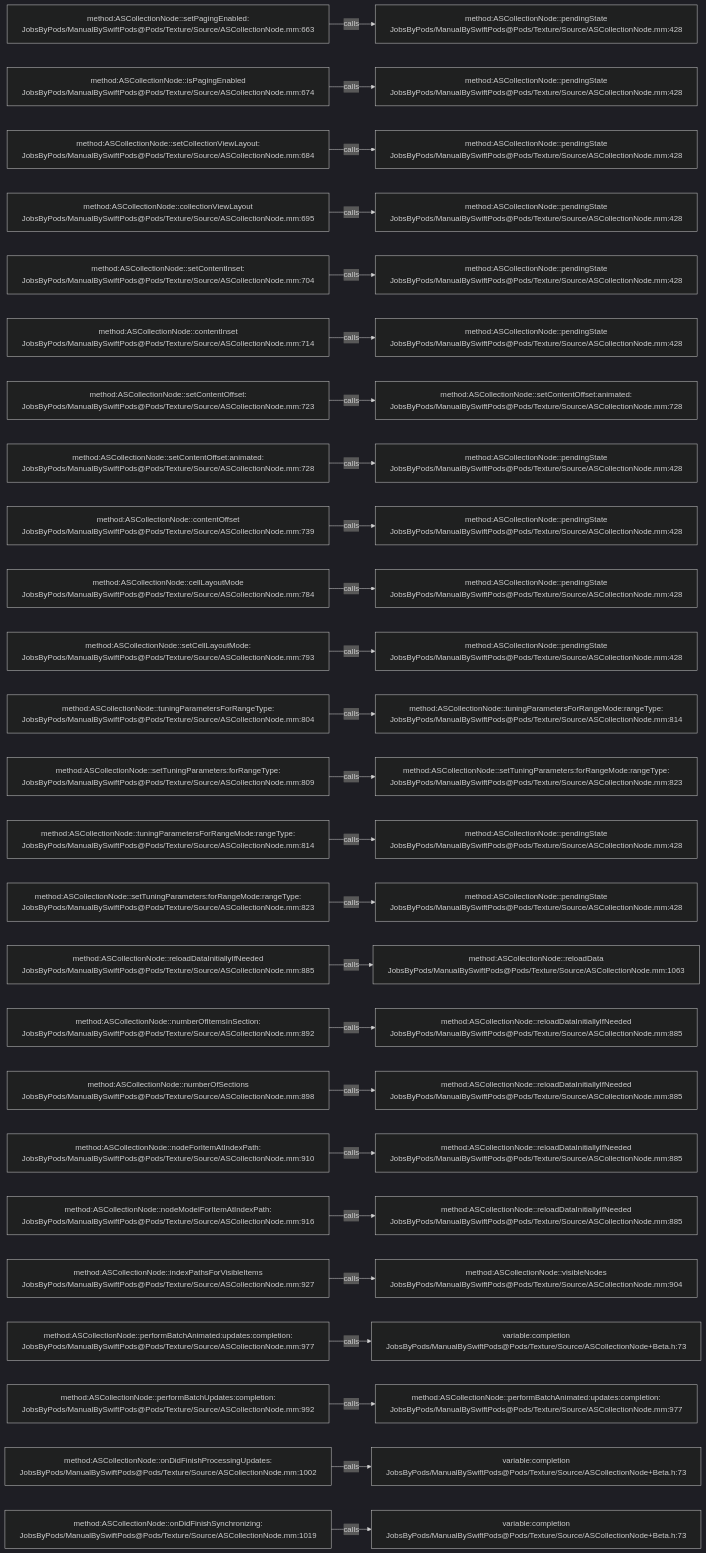
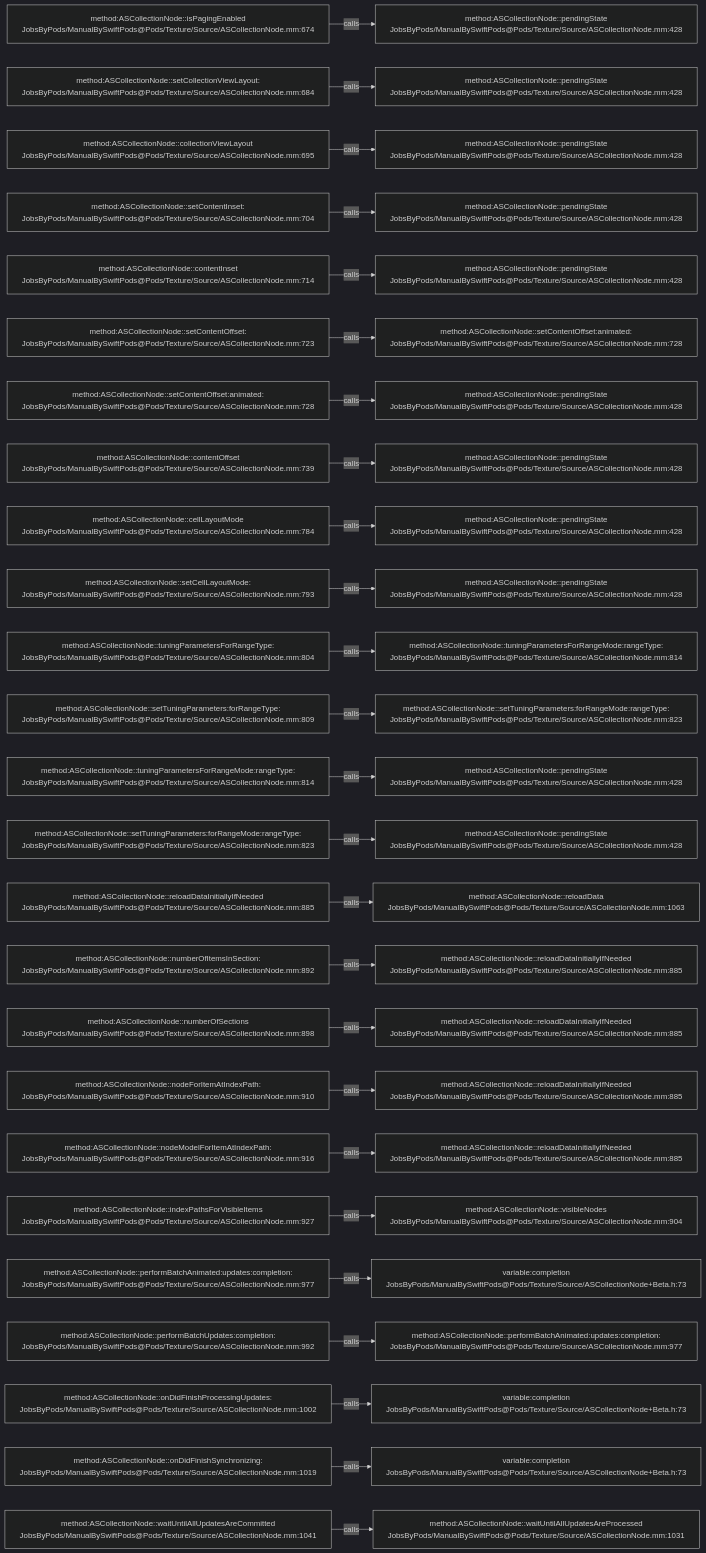
The diagram in .codegraph/codegraph.md/graphs/calls-009.md (JobsKits/JobsSwiftBaseConfigDemo), drawn with Mermaid (dark theme) before and after one commit. The commit also changed 747 other files, not shown here.

````diff
--- a/.codegraph/codegraph.md/graphs/calls-009.md
+++ b/.codegraph/codegraph.md/graphs/calls-009.md
@@ -13,78 +13,78 @@
 ```mermaid
 flowchart LR
-  S1["method:ASCollectionNode::setPagingEnabled:<br/>JobsByPods/ManualBySwiftPods@Pods/Texture/Source/ASCollectionNode.mm:663"]
+  S1["method:ASCollectionNode::isPagingEnabled<br/>JobsByPods/ManualBySwiftPods@Pods/Texture/Source/ASCollectionNode.mm:674"]
   T1["method:ASCollectionNode::pendingState<br/>JobsByPods/ManualBySwiftPods@Pods/Texture/Source/ASCollectionNode.mm:428"]
   S1 -->|calls| T1
-  S2["method:ASCollectionNode::isPagingEnabled<br/>JobsByPods/ManualBySwiftPods@Pods/Texture/Source/ASCollectionNode.mm:674"]
+  S2["method:ASCollectionNode::setCollectionViewLayout:<br/>JobsByPods/ManualBySwiftPods@Pods/Texture/Source/ASCollectionNode.mm:684"]
   T2["method:ASCollectionNode::pendingState<br/>JobsByPods/ManualBySwiftPods@Pods/Texture/Source/ASCollectionNode.mm:428"]
   S2 -->|calls| T2
-  S3["method:ASCollectionNode::setCollectionViewLayout:<br/>JobsByPods/ManualBySwiftPods@Pods/Texture/Source/ASCollectionNode.mm:684"]
+  S3["method:ASCollectionNode::collectionViewLayout<br/>JobsByPods/ManualBySwiftPods@Pods/Texture/Source/ASCollectionNode.mm:695"]
   T3["method:ASCollectionNode::pendingState<br/>JobsByPods/ManualBySwiftPods@Pods/Texture/Source/ASCollectionNode.mm:428"]
   S3 -->|calls| T3
-  S4["method:ASCollectionNode::collectionViewLayout<br/>JobsByPods/ManualBySwiftPods@Pods/Texture/Source/ASCollectionNode.mm:695"]
+  S4["method:ASCollectionNode::setContentInset:<br/>JobsByPods/ManualBySwiftPods@Pods/Texture/Source/ASCollectionNode.mm:704"]
   T4["method:ASCollectionNode::pendingState<br/>JobsByPods/ManualBySwiftPods@Pods/Texture/Source/ASCollectionNode.mm:428"]
   S4 -->|calls| T4
-  S5["method:ASCollectionNode::setContentInset:<br/>JobsByPods/ManualBySwiftPods@Pods/Texture/Source/ASCollectionNode.mm:704"]
+  S5["method:ASCollectionNode::contentInset<br/>JobsByPods/ManualBySwiftPods@Pods/Texture/Source/ASCollectionNode.mm:714"]
   T5["method:ASCollectionNode::pendingState<br/>JobsByPods/ManualBySwiftPods@Pods/Texture/Source/ASCollectionNode.mm:428"]
   S5 -->|calls| T5
-  S6["method:ASCollectionNode::contentInset<br/>JobsByPods/ManualBySwiftPods@Pods/Texture/Source/ASCollectionNode.mm:714"]
-  T6["method:ASCollectionNode::pendingState<br/>JobsByPods/ManualBySwiftPods@Pods/Texture/Source/ASCollectionNode.mm:428"]
+  S6["method:ASCollectionNode::setContentOffset:<br/>JobsByPods/ManualBySwiftPods@Pods/Texture/Source/ASCollectionNode.mm:723"]
+  T6["method:ASCollectionNode::setContentOffset:animated:<br/>JobsByPods/ManualBySwiftPods@Pods/Texture/Source/ASCollectionNode.mm:728"]
   S6 -->|calls| T6
-  S7["method:ASCollectionNode::setContentOffset:<br/>JobsByPods/ManualBySwiftPods@Pods/Texture/Source/ASCollectionNode.mm:723"]
-  T7["method:ASCollectionNode::setContentOffset:animated:<br/>JobsByPods/ManualBySwiftPods@Pods/Texture/Source/ASCollectionNode.mm:728"]
+  S7["method:ASCollectionNode::setContentOffset:animated:<br/>JobsByPods/ManualBySwiftPods@Pods/Texture/Source/ASCollectionNode.mm:728"]
+  T7["method:ASCollectionNode::pendingState<br/>JobsByPods/ManualBySwiftPods@Pods/Texture/Source/ASCollectionNode.mm:428"]
   S7 -->|calls| T7
-  S8["method:ASCollectionNode::setContentOffset:animated:<br/>JobsByPods/ManualBySwiftPods@Pods/Texture/Source/ASCollectionNode.mm:728"]
+  S8["method:ASCollectionNode::contentOffset<br/>JobsByPods/ManualBySwiftPods@Pods/Texture/Source/ASCollectionNode.mm:739"]
   T8["method:ASCollectionNode::pendingState<br/>JobsByPods/ManualBySwiftPods@Pods/Texture/Source/ASCollectionNode.mm:428"]
   S8 -->|calls| T8
-  S9["method:ASCollectionNode::contentOffset<br/>JobsByPods/ManualBySwiftPods@Pods/Texture/Source/ASCollectionNode.mm:739"]
+  S9["method:ASCollectionNode::cellLayoutMode<br/>JobsByPods/ManualBySwiftPods@Pods/Texture/Source/ASCollectionNode.mm:784"]
   T9["method:ASCollectionNode::pendingState<br/>JobsByPods/ManualBySwiftPods@Pods/Texture/Source/ASCollectionNode.mm:428"]
   S9 -->|calls| T9
-  S10["method:ASCollectionNode::cellLayoutMode<br/>JobsByPods/ManualBySwiftPods@Pods/Texture/Source/ASCollectionNode.mm:784"]
+  S10["method:ASCollectionNode::setCellLayoutMode:<br/>JobsByPods/ManualBySwiftPods@Pods/Texture/Source/ASCollectionNode.mm:793"]
   T10["method:ASCollectionNode::pendingState<br/>JobsByPods/ManualBySwiftPods@Pods/Texture/Source/ASCollectionNode.mm:428"]
   S10 -->|calls| T10
-  S11["method:ASCollectionNode::setCellLayoutMode:<br/>JobsByPods/ManualBySwiftPods@Pods/Texture/Source/ASCollectionNode.mm:793"]
-  T11["method:ASCollectionNode::pendingState<br/>JobsByPods/ManualBySwiftPods@Pods/Texture/Source/ASCollectionNode.mm:428"]
+  S11["method:ASCollectionNode::tuningParametersForRangeType:<br/>JobsByPods/ManualBySwiftPods@Pods/Texture/Source/ASCollectionNode.mm:804"]
+  T11["method:ASCollectionNode::tuningParametersForRangeMode:rangeType:<br/>JobsByPods/ManualBySwiftPods@Pods/Texture/Source/ASCollectionNode.mm:814"]
   S11 -->|calls| T11
-  S12["method:ASCollectionNode::tuningParametersForRangeType:<br/>JobsByPods/ManualBySwiftPods@Pods/Texture/Source/ASCollectionNode.mm:804"]
-  T12["method:ASCollectionNode::tuningParametersForRangeMode:rangeType:<br/>JobsByPods/ManualBySwiftPods@Pods/Texture/Source/ASCollectionNode.mm:814"]
+  S12["method:ASCollectionNode::setTuningParameters:forRangeType:<br/>JobsByPods/ManualBySwiftPods@Pods/Texture/Source/ASCollectionNode.mm:809"]
+  T12["method:ASCollectionNode::setTuningParameters:forRangeMode:rangeType:<br/>JobsByPods/ManualBySwiftPods@Pods/Texture/Source/ASCollectionNode.mm:823"]
   S12 -->|calls| T12
-  S13["method:ASCollectionNode::setTuningParameters:forRangeType:<br/>JobsByPods/ManualBySwiftPods@Pods/Texture/Source/ASCollectionNode.mm:809"]
-  T13["method:ASCollectionNode::setTuningParameters:forRangeMode:rangeType:<br/>JobsByPods/ManualBySwiftPods@Pods/Texture/Source/ASCollectionNode.mm:823"]
+  S13["method:ASCollectionNode::tuningParametersForRangeMode:rangeType:<br/>JobsByPods/ManualBySwiftPods@Pods/Texture/Source/ASCollectionNode.mm:814"]
+  T13["method:ASCollectionNode::pendingState<br/>JobsByPods/ManualBySwiftPods@Pods/Texture/Source/ASCollectionNode.mm:428"]
   S13 -->|calls| T13
-  S14["method:ASCollectionNode::tuningParametersForRangeMode:rangeType:<br/>JobsByPods/ManualBySwiftPods@Pods/Texture/Source/ASCollectionNode.mm:814"]
+  S14["method:ASCollectionNode::setTuningParameters:forRangeMode:rangeType:<br/>JobsByPods/ManualBySwiftPods@Pods/Texture/Source/ASCollectionNode.mm:823"]
   T14["method:ASCollectionNode::pendingState<br/>JobsByPods/ManualBySwiftPods@Pods/Texture/Source/ASCollectionNode.mm:428"]
   S14 -->|calls| T14
-  S15["method:ASCollectionNode::setTuningParameters:forRangeMode:rangeType:<br/>JobsByPods/ManualBySwiftPods@Pods/Texture/Source/ASCollectionNode.mm:823"]
-  T15["method:ASCollectionNode::pendingState<br/>JobsByPods/ManualBySwiftPods@Pods/Texture/Source/ASCollectionNode.mm:428"]
+  S15["method:ASCollectionNode::reloadDataInitiallyIfNeeded<br/>JobsByPods/ManualBySwiftPods@Pods/Texture/Source/ASCollectionNode.mm:885"]
+  T15["method:ASCollectionNode::reloadData<br/>JobsByPods/ManualBySwiftPods@Pods/Texture/Source/ASCollectionNode.mm:1063"]
   S15 -->|calls| T15
-  S16["method:ASCollectionNode::reloadDataInitiallyIfNeeded<br/>JobsByPods/ManualBySwiftPods@Pods/Texture/Source/ASCollectionNode.mm:885"]
-  T16["method:ASCollectionNode::reloadData<br/>JobsByPods/ManualBySwiftPods@Pods/Texture/Source/ASCollectionNode.mm:1063"]
+  S16["method:ASCollectionNode::numberOfItemsInSection:<br/>JobsByPods/ManualBySwiftPods@Pods/Texture/Source/ASCollectionNode.mm:892"]
+  T16["method:ASCollectionNode::reloadDataInitiallyIfNeeded<br/>JobsByPods/ManualBySwiftPods@Pods/Texture/Source/ASCollectionNode.mm:885"]
   S16 -->|calls| T16
-  S17["method:ASCollectionNode::numberOfItemsInSection:<br/>JobsByPods/ManualBySwiftPods@Pods/Texture/Source/ASCollectionNode.mm:892"]
+  S17["method:ASCollectionNode::numberOfSections<br/>JobsByPods/ManualBySwiftPods@Pods/Texture/Source/ASCollectionNode.mm:898"]
   T17["method:ASCollectionNode::reloadDataInitiallyIfNeeded<br/>JobsByPods/ManualBySwiftPods@Pods/Texture/Source/ASCollectionNode.mm:885"]
   S17 -->|calls| T17
-  S18["method:ASCollectionNode::numberOfSections<br/>JobsByPods/ManualBySwiftPods@Pods/Texture/Source/ASCollectionNode.mm:898"]
+  S18["method:ASCollectionNode::nodeForItemAtIndexPath:<br/>JobsByPods/ManualBySwiftPods@Pods/Texture/Source/ASCollectionNode.mm:910"]
   T18["method:ASCollectionNode::reloadDataInitiallyIfNeeded<br/>JobsByPods/ManualBySwiftPods@Pods/Texture/Source/ASCollectionNode.mm:885"]
   S18 -->|calls| T18
-  S19["method:ASCollectionNode::nodeForItemAtIndexPath:<br/>JobsByPods/ManualBySwiftPods@Pods/Texture/Source/ASCollectionNode.mm:910"]
+  S19["method:ASCollectionNode::nodeModelForItemAtIndexPath:<br/>JobsByPods/ManualBySwiftPods@Pods/Texture/Source/ASCollectionNode.mm:916"]
   T19["method:ASCollectionNode::reloadDataInitiallyIfNeeded<br/>JobsByPods/ManualBySwiftPods@Pods/Texture/Source/ASCollectionNode.mm:885"]
   S19 -->|calls| T19
-  S20["method:ASCollectionNode::nodeModelForItemAtIndexPath:<br/>JobsByPods/ManualBySwiftPods@Pods/Texture/Source/ASCollectionNode.mm:916"]
-  T20["method:ASCollectionNode::reloadDataInitiallyIfNeeded<br/>JobsByPods/ManualBySwiftPods@Pods/Texture/Source/ASCollectionNode.mm:885"]
+  S20["method:ASCollectionNode::indexPathsForVisibleItems<br/>JobsByPods/ManualBySwiftPods@Pods/Texture/Source/ASCollectionNode.mm:927"]
+  T20["method:ASCollectionNode::visibleNodes<br/>JobsByPods/ManualBySwiftPods@Pods/Texture/Source/ASCollectionNode.mm:904"]
   S20 -->|calls| T20
-  S21["method:ASCollectionNode::indexPathsForVisibleItems<br/>JobsByPods/ManualBySwiftPods@Pods/Texture/Source/ASCollectionNode.mm:927"]
-  T21["method:ASCollectionNode::visibleNodes<br/>JobsByPods/ManualBySwiftPods@Pods/Texture/Source/ASCollectionNode.mm:904"]
+  S21["method:ASCollectionNode::performBatchAnimated:updates:completion:<br/>JobsByPods/ManualBySwiftPods@Pods/Texture/Source/ASCollectionNode.mm:977"]
+  T21["variable:completion<br/>JobsByPods/ManualBySwiftPods@Pods/Texture/Source/ASCollectionNode+Beta.h:73"]
   S21 -->|calls| T21
-  S22["method:ASCollectionNode::performBatchAnimated:updates:completion:<br/>JobsByPods/ManualBySwiftPods@Pods/Texture/Source/ASCollectionNode.mm:977"]
-  T22["variable:completion<br/>JobsByPods/ManualBySwiftPods@Pods/Texture/Source/ASCollectionNode+Beta.h:73"]
+  S22["method:ASCollectionNode::performBatchUpdates:completion:<br/>JobsByPods/ManualBySwiftPods@Pods/Texture/Source/ASCollectionNode.mm:992"]
+  T22["method:ASCollectionNode::performBatchAnimated:updates:completion:<br/>JobsByPods/ManualBySwiftPods@Pods/Texture/Source/ASCollectionNode.mm:977"]
   S22 -->|calls| T22
-  S23["method:ASCollectionNode::performBatchUpdates:completion:<br/>JobsByPods/ManualBySwiftPods@Pods/Texture/Source/ASCollectionNode.mm:992"]
-  T23["method:ASCollectionNode::performBatchAnimated:updates:completion:<br/>JobsByPods/ManualBySwiftPods@Pods/Texture/Source/ASCollectionNode.mm:977"]
+  S23["method:ASCollectionNode::onDidFinishProcessingUpdates:<br/>JobsByPods/ManualBySwiftPods@Pods/Texture/Source/ASCollectionNode.mm:1002"]
+  T23["variable:completion<br/>JobsByPods/ManualBySwiftPods@Pods/Texture/Source/ASCollectionNode+Beta.h:73"]
   S23 -->|calls| T23
-  S24["method:ASCollectionNode::onDidFinishProcessingUpdates:<br/>JobsByPods/ManualBySwiftPods@Pods/Texture/Source/ASCollectionNode.mm:1002"]
+  S24["method:ASCollectionNode::onDidFinishSynchronizing:<br/>JobsByPods/ManualBySwiftPods@Pods/Texture/Source/ASCollectionNode.mm:1019"]
   T24["variable:completion<br/>JobsByPods/ManualBySwiftPods@Pods/Texture/Source/ASCollectionNode+Beta.h:73"]
   S24 -->|calls| T24
-  S25["method:ASCollectionNode::onDidFinishSynchronizing:<br/>JobsByPods/ManualBySwiftPods@Pods/Texture/Source/ASCollectionNode.mm:1019"]
-  T25["variable:completion<br/>JobsByPods/ManualBySwiftPods@Pods/Texture/Source/ASCollectionNode+Beta.h:73"]
+  S25["method:ASCollectionNode::waitUntilAllUpdatesAreCommitted<br/>JobsByPods/ManualBySwiftPods@Pods/Texture/Source/ASCollectionNode.mm:1041"]
+  T25["method:ASCollectionNode::waitUntilAllUpdatesAreProcessed<br/>JobsByPods/ManualBySwiftPods@Pods/Texture/Source/ASCollectionNode.mm:1031"]
   S25 -->|calls| T25
 ```
````
